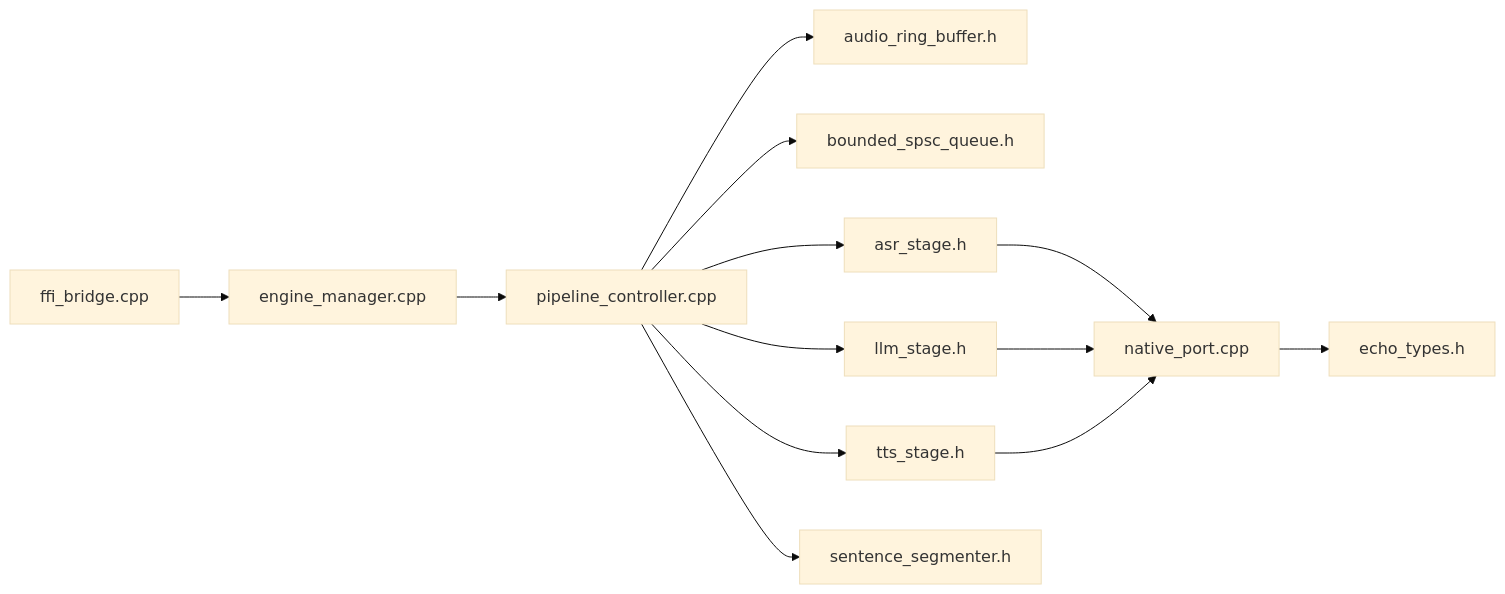
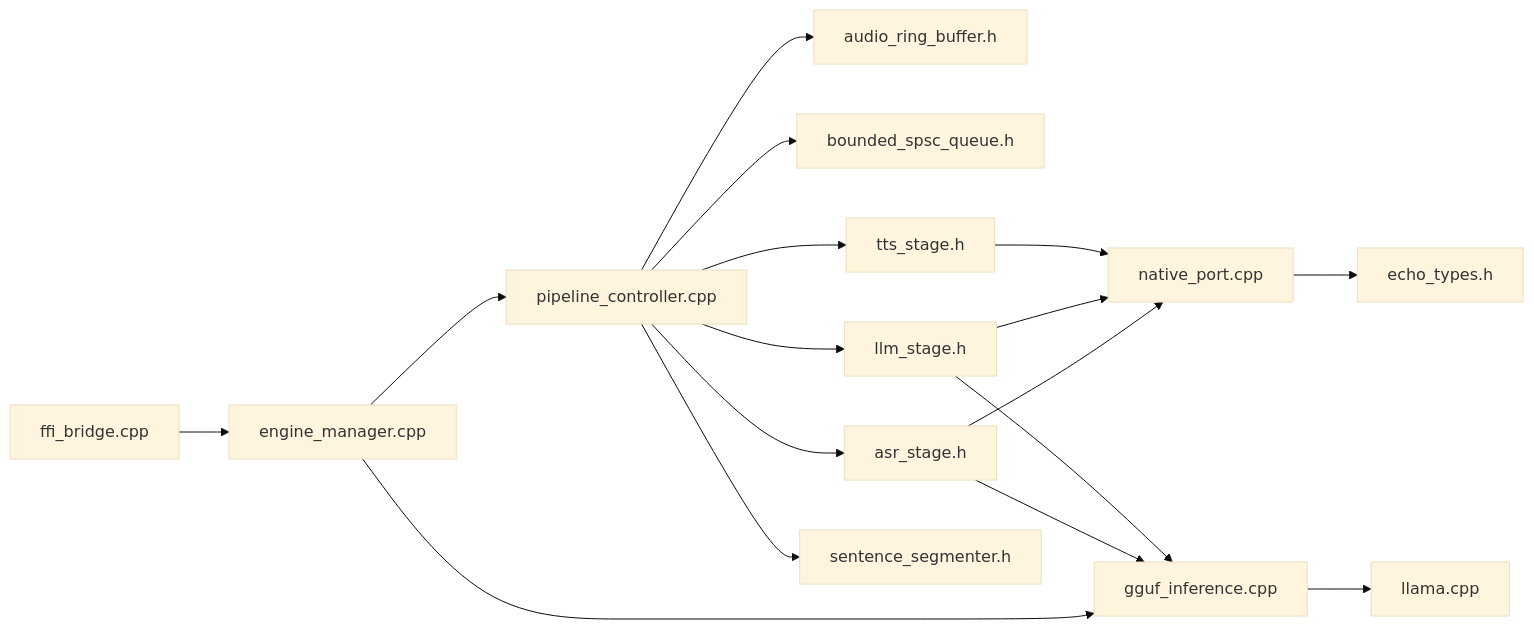
One commit to iMyth/QwenEcho changed the ninth of 9 diagrams in .qoder/repowiki/en/content/Native Engine Core/Native Engine Core.md. Above: the diagram before and after it, drawn with Mermaid (base theme). The commit also changed other lines of this file and 129 other files, not shown here.

````diff
--- a/.qoder/repowiki/en/content/Native Engine Core/Native Engine Core.md
+++ b/.qoder/repowiki/en/content/Native Engine Core/Native Engine Core.md
@@ -420,15 +544,19 @@
 ```mermaid
 graph LR
 FFI["ffi_bridge.cpp"] --> EM["engine_manager.cpp"]
 EM --> PC["pipeline_controller.cpp"]
+EM --> GGUF["gguf_inference.cpp"]
 PC --> RB["audio_ring_buffer.h"]
 PC --> Q["bounded_spsc_queue.h"]
 PC --> ASR["asr_stage.h"]
 PC --> LLM["llm_stage.h"]
 PC --> TTS["tts_stage.h"]
 PC --> SEG["sentence_segmenter.h"]
 ASR --> NP["native_port.cpp"]
+ASR --> GGUF
 LLM --> NP
+LLM --> GGUF
 TTS --> NP
 NP --> ET["echo_types.h"]
+GGUF --> LLAMA["llama.cpp"]
 ```
````
